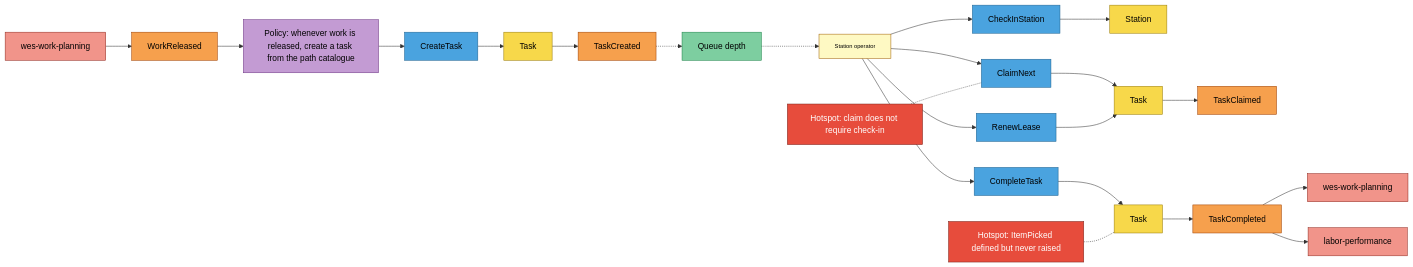
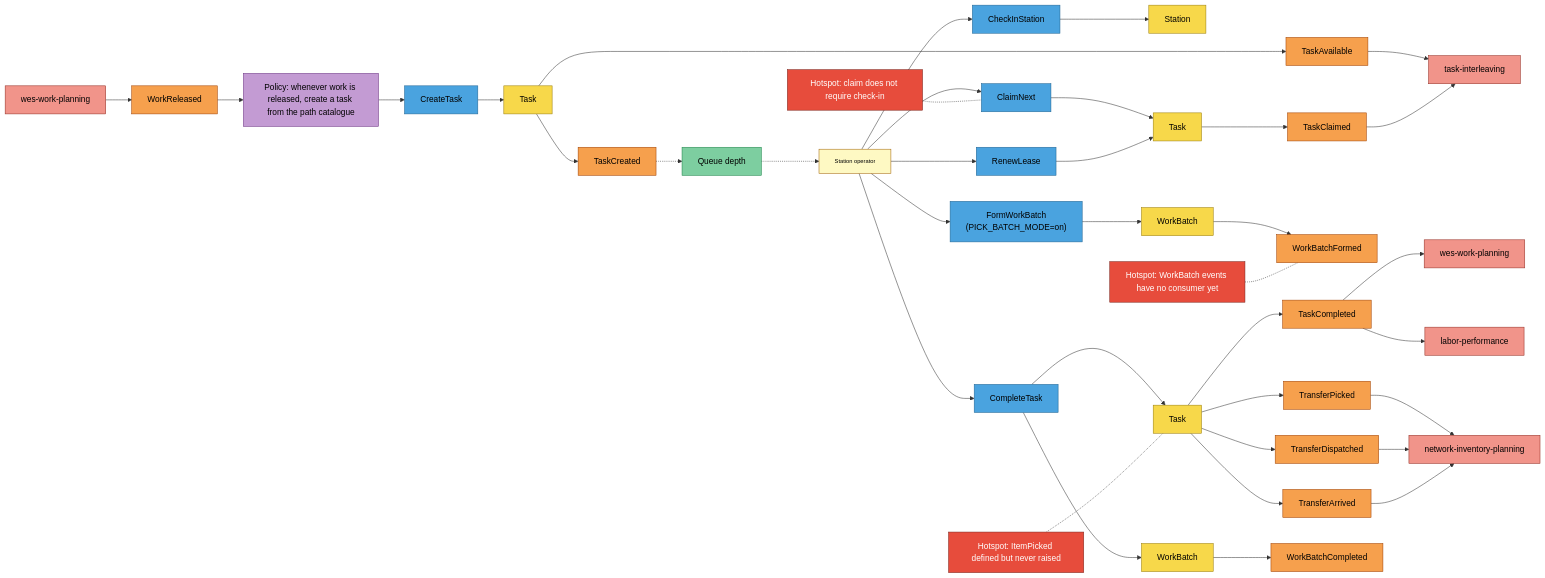
One commit to IQVO/fulfillment-execution changed the second of 4 diagrams in docs/docs/ddd/eventstorming.md. Above: the diagram before and after it, drawn with Mermaid. The commit also changed other lines of this file and 10 other files, not shown here.

````diff
--- a/docs/docs/ddd/eventstorming.md
+++ b/docs/docs/ddd/eventstorming.md
@@ -51,45 +51,65 @@
 ```mermaid
 flowchart LR
     WP["wes-work-planning"]:::external
     E0["WorkReleased"]:::event
     P0["Policy: whenever work is released, create a task from the path catalogue"]:::policy
     C1["CreateTask"]:::command
     T1["Task"]:::aggregate
     E1["TaskCreated"]:::event
+    E1b["TaskAvailable"]:::event
     RM1["Queue depth"]:::readmodel
     ST["Station operator"]:::actor
     C2["CheckInStation"]:::command
     S1["Station"]:::aggregate
     C3["ClaimNext"]:::command
     T2["Task"]:::aggregate
     E3["TaskClaimed"]:::event
+    TI["task-interleaving"]:::external
+    C6["FormWorkBatch<br/>(PICK_BATCH_MODE=on)"]:::command
+    WB1["WorkBatch"]:::aggregate
+    E6["WorkBatchFormed"]:::event
     C4["RenewLease"]:::command
     C5["CompleteTask"]:::command
     T3["Task"]:::aggregate
     E5["TaskCompleted"]:::event
+    E5a["TransferPicked"]:::event
+    E5b["TransferDispatched"]:::event
+    E5c["TransferArrived"]:::event
+    NIP["network-inventory-planning"]:::external
+    WB2["WorkBatch"]:::aggregate
+    E7["WorkBatchCompleted"]:::event
     LP["labor-performance"]:::external
     WP2["wes-work-planning"]:::external
     H1["Hotspot: claim does not require check-in"]:::hotspot
     H2["Hotspot: ItemPicked defined but never raised"]:::hotspot
+    H3["Hotspot: WorkBatch events have no consumer yet"]:::hotspot
 
     WP --> E0 --> P0 --> C1 --> T1 --> E1
+    T1 --> E1b --> TI
     E1 -.-> RM1
     ST --> C2 --> S1
     RM1 -.-> ST
     ST --> C3 --> T2 --> E3
+    E3 --> TI
+    ST --> C6 --> WB1 --> E6
     ST --> C4 --> T2
     ST --> C5 --> T3 --> E5
+    T3 --> E5a --> NIP
+    T3 --> E5b --> NIP
+    T3 --> E5c --> NIP
+    C5 --> WB2 --> E7
     E5 --> WP2
     E5 --> LP
     H1 -.- C3
     H2 -.- T3
+    H3 -.- E6
 
     classDef actor fill:#fef9c3,stroke:#a16207,color:#000,font-size:11px
     classDef command fill:#4aa3df,stroke:#1f6391,color:#000
     classDef aggregate fill:#f7d84a,stroke:#9a7d0a,color:#000
     classDef event fill:#f6a04d,stroke:#a04000,color:#000
     classDef policy fill:#c39bd3,stroke:#6c3483,color:#000
     classDef readmodel fill:#7dcea0,stroke:#1e8449,color:#000
     classDef external fill:#f1948a,stroke:#922b21,color:#000
     classDef hotspot fill:#e74c3c,stroke:#7b241c,color:#fff
 ```
````
